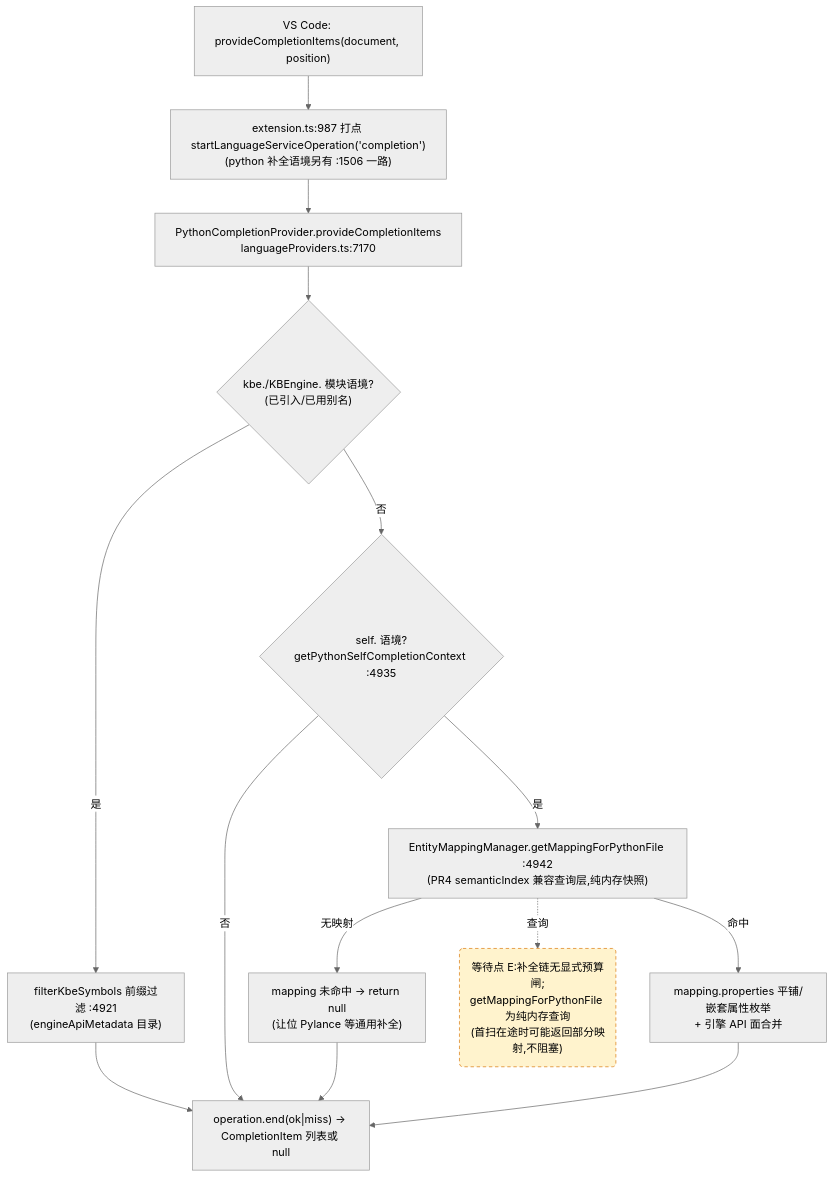
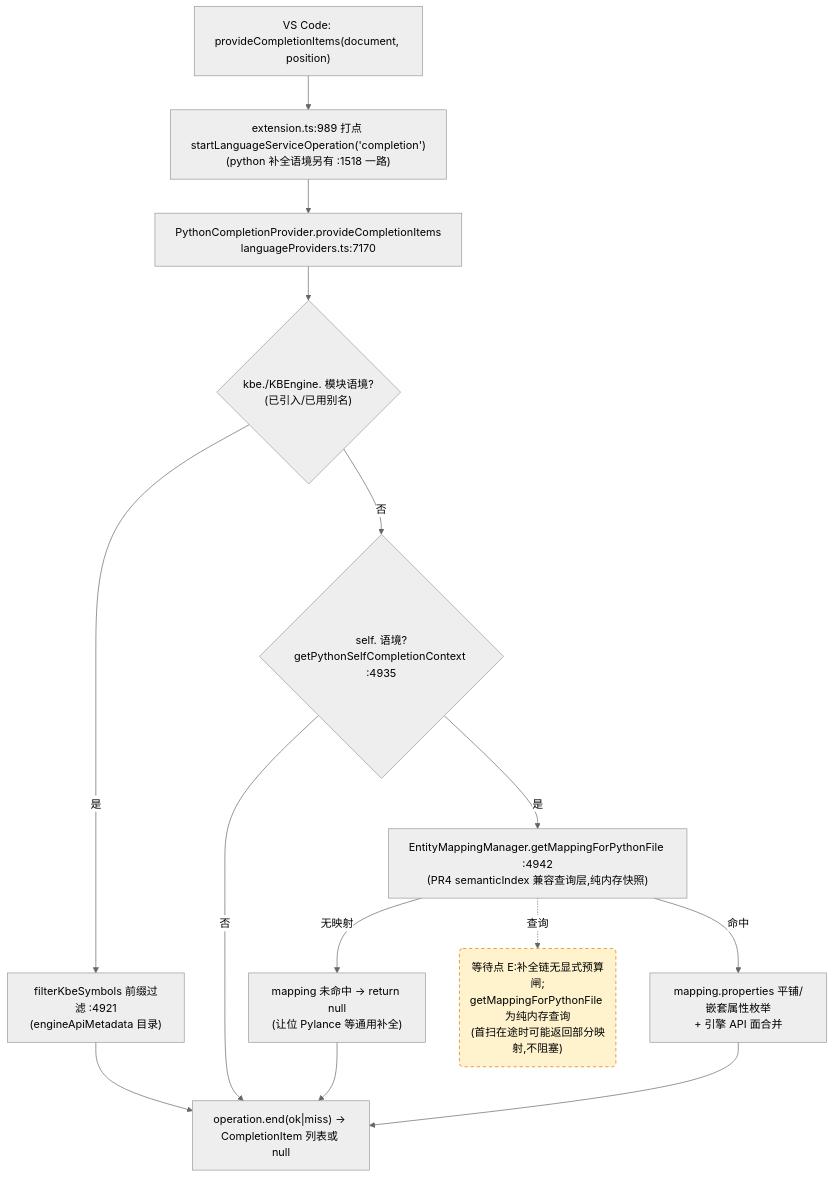
Before and after one commit to cuihairu/kode: the third of 4 diagrams in docs/perf/2026-baseline.md, drawn with Mermaid (neutral theme). The commit also changed other lines of this file and 24 other files, not shown here.

````diff
--- a/docs/perf/2026-baseline.md
+++ b/docs/perf/2026-baseline.md
@@ -184,27 +184,27 @@
 ```mermaid
 flowchart TD
   VC3["VS Code: provideCompletionItems(document, position)"]
-  M3["extension.ts:987 打点 startLanguageServiceOperation('completion')<br/>(python 补全语境另有 :1506 一路)"]
+  M3["extension.ts:989 打点 startLanguageServiceOperation('completion')<br/>(python 补全语境另有 :1518 一路)"]
   CP["PythonCompletionProvider.provideCompletionItems<br/>languageProviders.ts:7170"]
   KBEC{"kbe./KBEngine. 模块语境?<br/>(已引入/已用别名)"}
   FILTER["filterKbeSymbols 前缀过滤 :4921<br/>(engineApiMetadata 目录)"]
   SELFC{"self. 语境?<br/>getPythonSelfCompletionContext :4935"}
   MAP["EntityMappingManager.getMappingForPythonFile :4942<br/>(PR4 semanticIndex 兼容查询层,纯内存快照)"]
   NOMAP["mapping 未命中 → return null<br/>(让位 Pylance 等通用补全)"]
   PROPS["mapping.properties 平铺/嵌套属性枚举<br/>+ 引擎 API 面合并"]
   END3["operation.end(ok|miss) → CompletionItem 列表或 null"]
 
   VC3 --> M3 --> CP --> KBEC
   KBEC -- "是" --> FILTER --> END3
   KBEC -- "否" --> SELFC
   SELFC -- "否" --> END3
   SELFC -- "是" --> MAP
   MAP -- "无映射" --> NOMAP --> END3
   MAP -- "命中" --> PROPS --> END3
 
   WAITE("等待点 E:补全链无显式预算闸;<br/>getMappingForPythonFile 为纯内存查询<br/>(首扫在途时可能返回部分映射,不阻塞)")
   MAP -.->|查询| WAITE
 
   classDef waitPoint fill:#fff3cd,stroke:#d97706,stroke-dasharray:5 4;
   class WAITE waitPoint;
 ```
````
